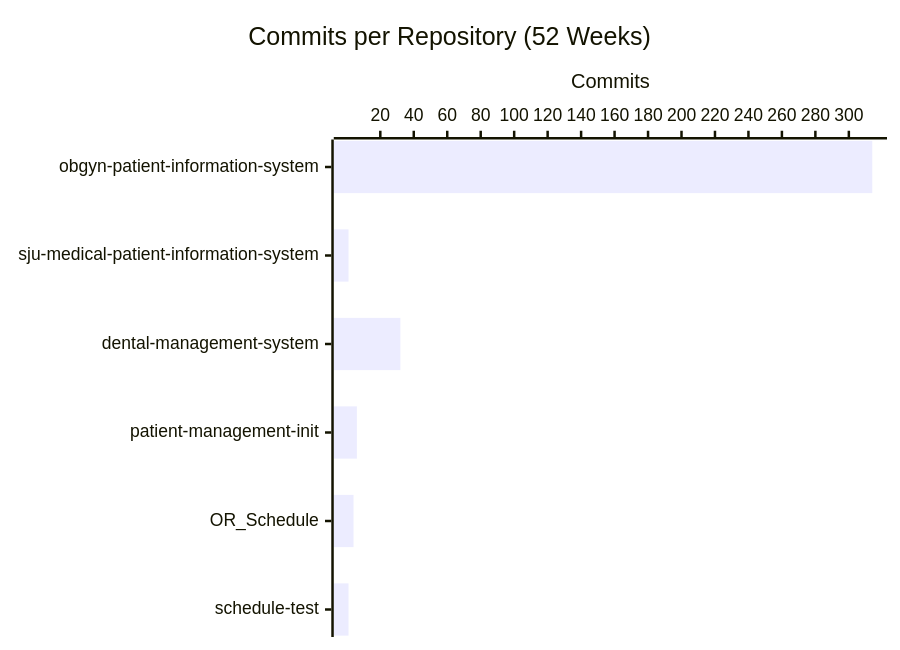
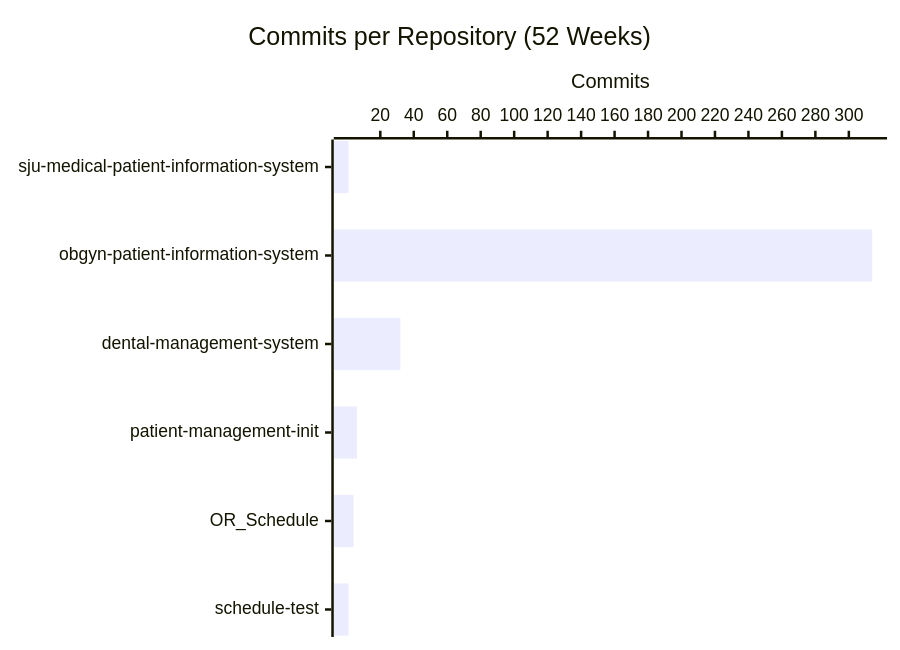
The second of 4 diagrams in profile/README.md (CSTH-Projects/.github), drawn with Mermaid before and after one commit. The commit also changed other lines of this file, not shown here.

````diff
--- a/profile/README.md
+++ b/profile/README.md
@@ -24,7 +24,7 @@
 ```mermaid
 xychart-beta horizontal
     title "Commits per Repository (52 Weeks)"
-    x-axis ["obgyn-patient-information-system", "sju-medical-patient-information-system", "dental-management-system", "patient-management-init", "OR_Schedule", "schedule-test"]
+    x-axis ["sju-medical-patient-information-system", "obgyn-patient-information-system", "dental-management-system", "patient-management-init", "OR_Schedule", "schedule-test"]
     y-axis "Commits"
-    bar [314, 1, 32, 6, 4, 1]
+    bar [1, 314, 32, 6, 4, 1]
 ```
````
